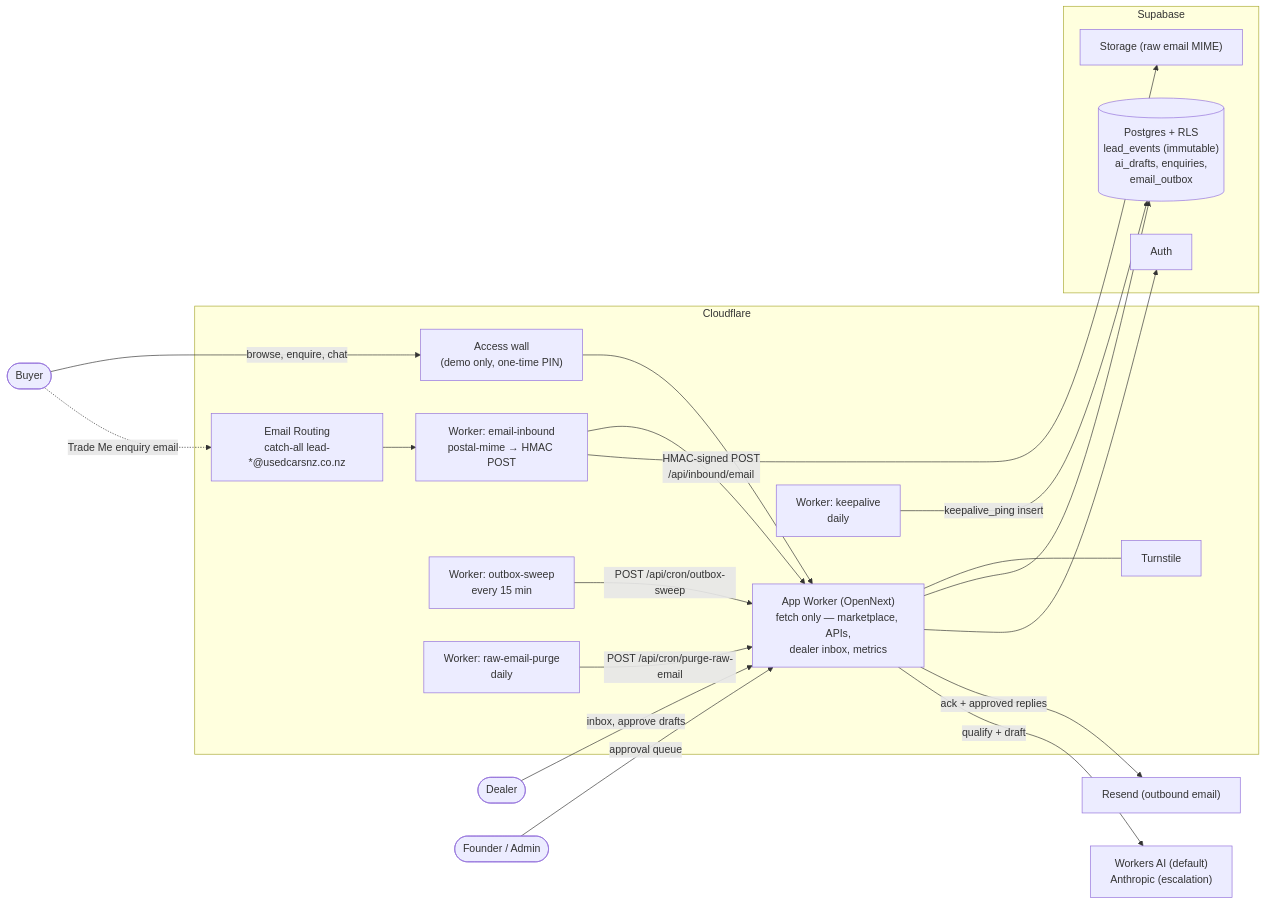
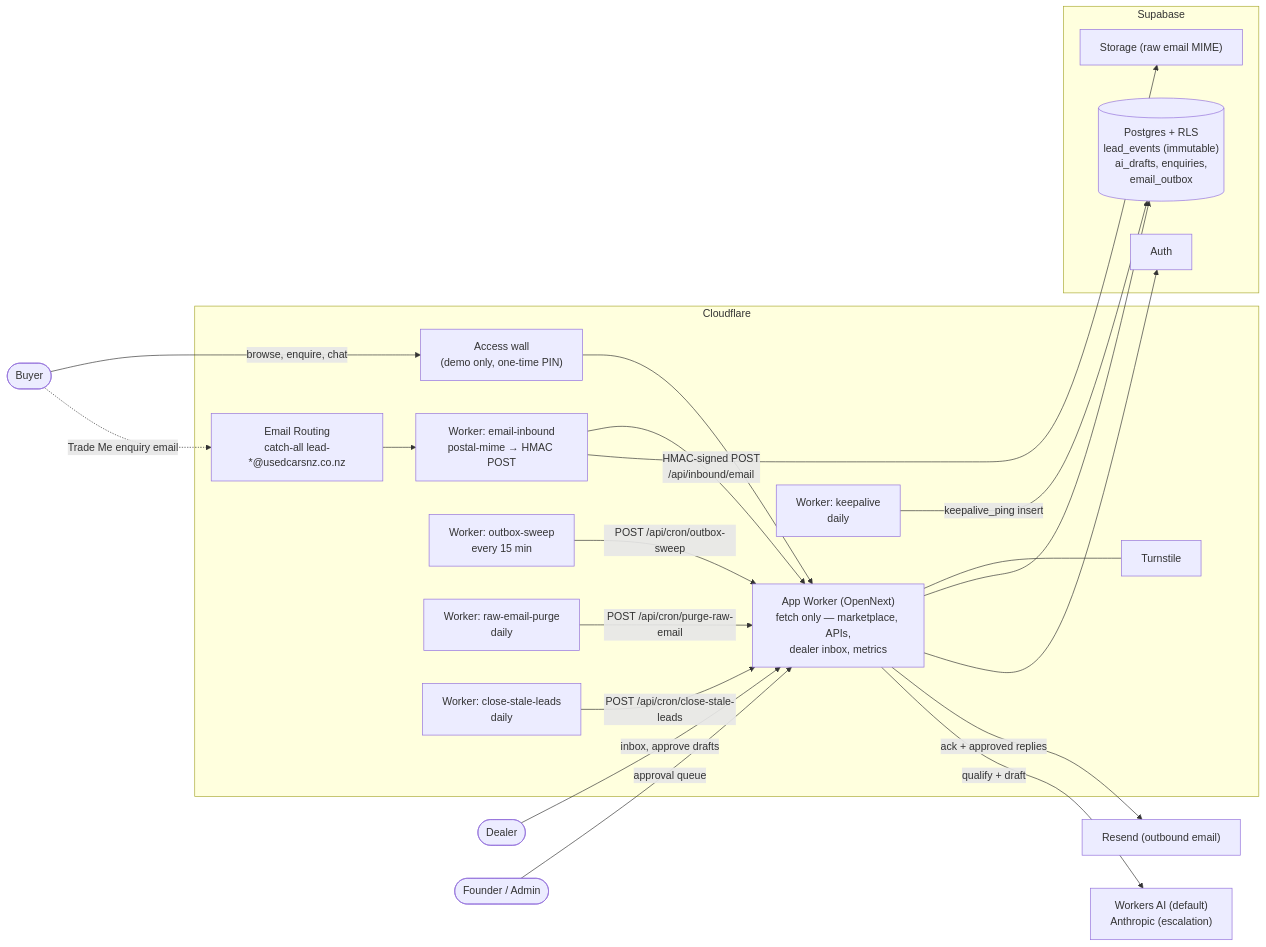
Before and after one commit to inspiro-nz/usedcarsnz: the first of 4 diagrams in docs/architecture.md, drawn with Mermaid. The commit also changed other lines of this file and 33 other files, not shown here.

````diff
--- a/docs/architecture.md
+++ b/docs/architecture.md
@@ -25,40 +25,42 @@
 ```mermaid
 flowchart LR
     Buyer([Buyer])
     Dealer([Dealer])
     Admin([Founder / Admin])
 
     subgraph CF["Cloudflare"]
         Access["Access wall<br/>(demo only, one-time PIN)"]
         App["App Worker (OpenNext)<br/>fetch only — marketplace, APIs,<br/>dealer inbox, metrics"]
         Turnstile["Turnstile"]
         ER["Email Routing<br/>catch-all lead-*@usedcarsnz.co.nz"]
         WEI["Worker: email-inbound<br/>postal-mime → HMAC POST"]
         WKA["Worker: keepalive<br/>daily"]
         WOS["Worker: outbox-sweep<br/>every 15 min"]
         WRP["Worker: raw-email-purge<br/>daily"]
+        WCS["Worker: close-stale-leads<br/>daily"]
     end
 
     subgraph SB["Supabase"]
         DB[("Postgres + RLS<br/>lead_events (immutable)<br/>ai_drafts, enquiries,<br/>email_outbox")]
         Auth["Auth"]
         Storage["Storage (raw email MIME)"]
     end
 
     Resend["Resend (outbound email)"]
     AI["Workers AI (default)<br/>Anthropic (escalation)"]
 
     Buyer -->|browse, enquire, chat| Access --> App
     Dealer -->|inbox, approve drafts| App
     Admin -->|approval queue| App
     Buyer -.->|Trade Me enquiry email| ER --> WEI -->|HMAC-signed POST<br/>/api/inbound/email| App
     App --- Turnstile
     App --> DB
     App --> Auth
     App -->|ack + approved replies| Resend
     App -->|qualify + draft| AI
     WKA -->|keepalive_ping insert| DB
     WOS -->|POST /api/cron/outbox-sweep| App
     WRP -->|POST /api/cron/purge-raw-email| App
+    WCS -->|POST /api/cron/close-stale-leads| App
     WEI --> Storage
 ```
````
